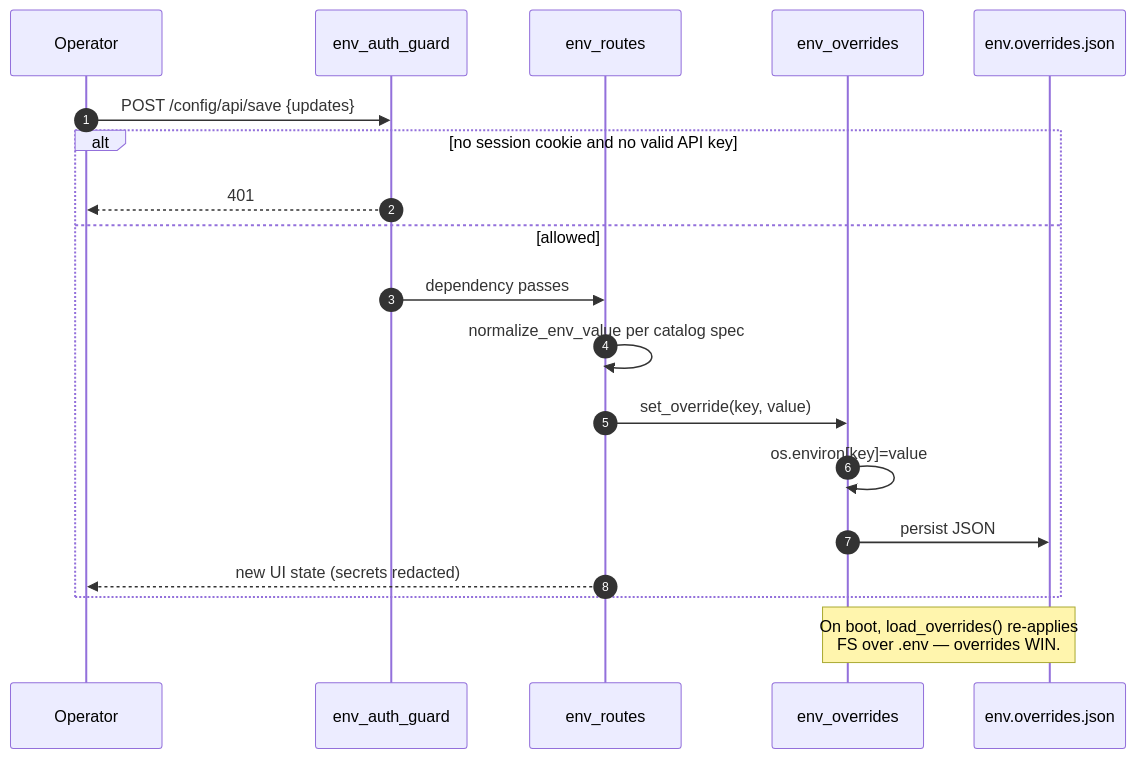
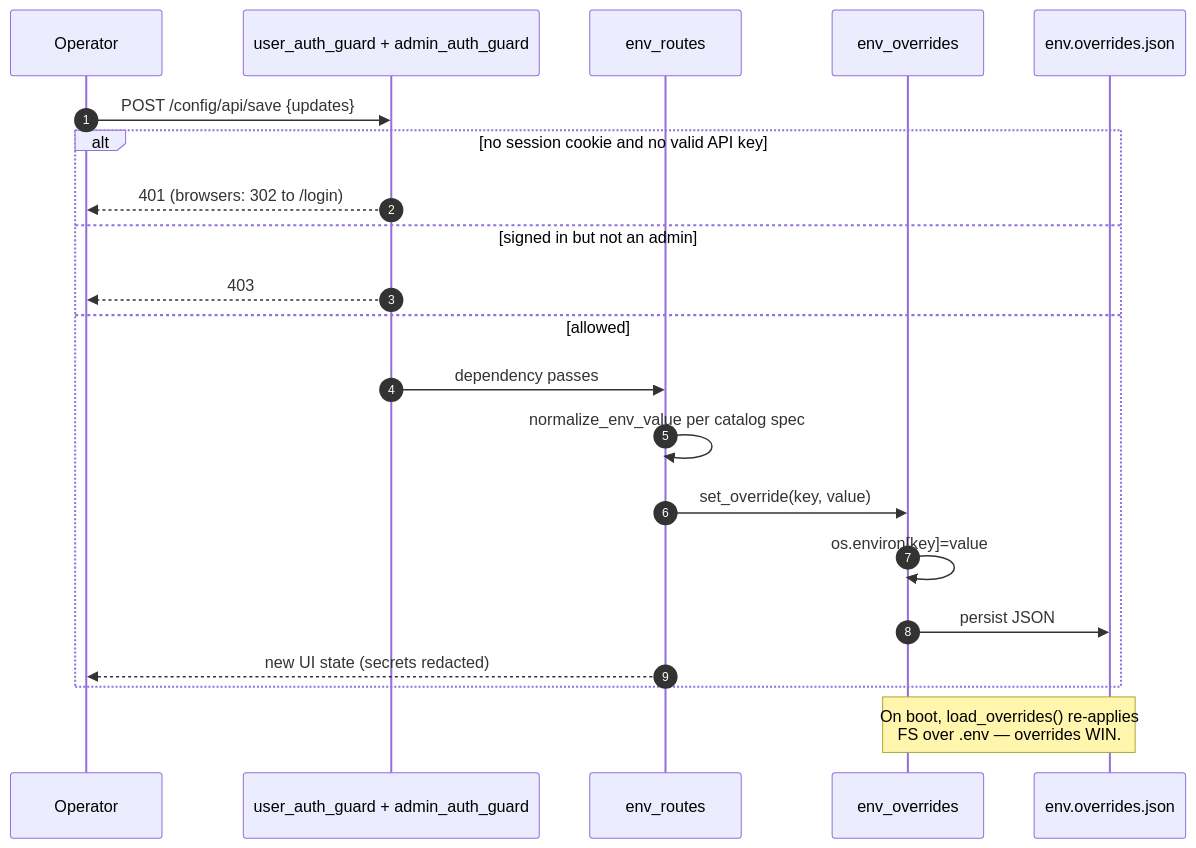
Diagram 11 of 21 in docs/DESIGN.md (PhoenixAdultProvider/PhoenixAdult), drawn with Mermaid before and after one commit. The commit also changed other lines of this file, not shown here.

````diff
--- a/docs/DESIGN.md
+++ b/docs/DESIGN.md
@@ -535,22 +535,24 @@
 ```mermaid
 sequenceDiagram
   autonumber
   participant Op as Operator
-  participant AG as env_auth_guard
+  participant AG as user_auth_guard + admin_auth_guard
   participant CR as env_routes
   participant OV as env_overrides
   participant FS as env.overrides.json
 
   Op->>AG: POST /config/api/save {updates}
   alt no session cookie and no valid API key
-    AG-->>Op: 401
+    AG-->>Op: 401 (browsers: 302 to /login)
+  else signed in but not an admin
+    AG-->>Op: 403
   else allowed
     AG->>CR: dependency passes
     CR->>CR: normalize_env_value per catalog spec
     CR->>OV: set_override(key, value)
     OV->>OV: os.environ[key]=value
     OV->>FS: persist JSON
     CR-->>Op: new UI state (secrets redacted)
   end
   note over OV,FS: On boot, load_overrides() re-applies<br/>FS over .env — overrides WIN.
 ```
````
